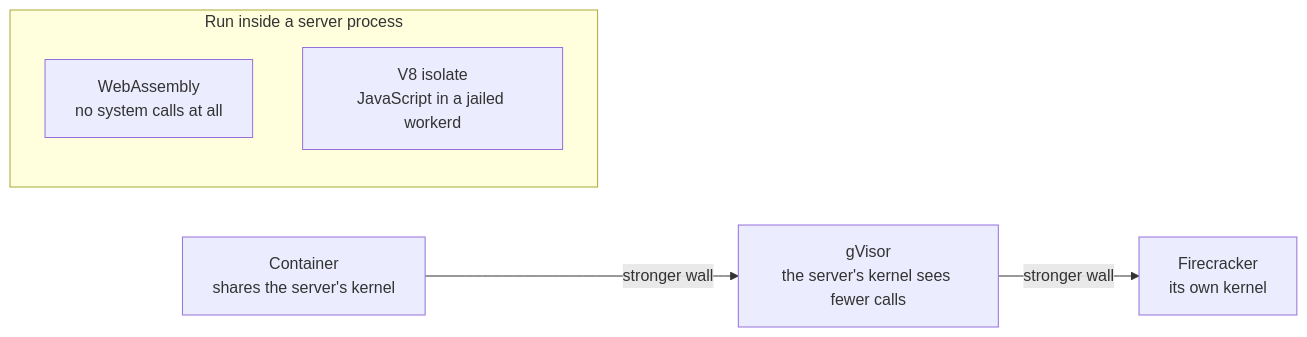
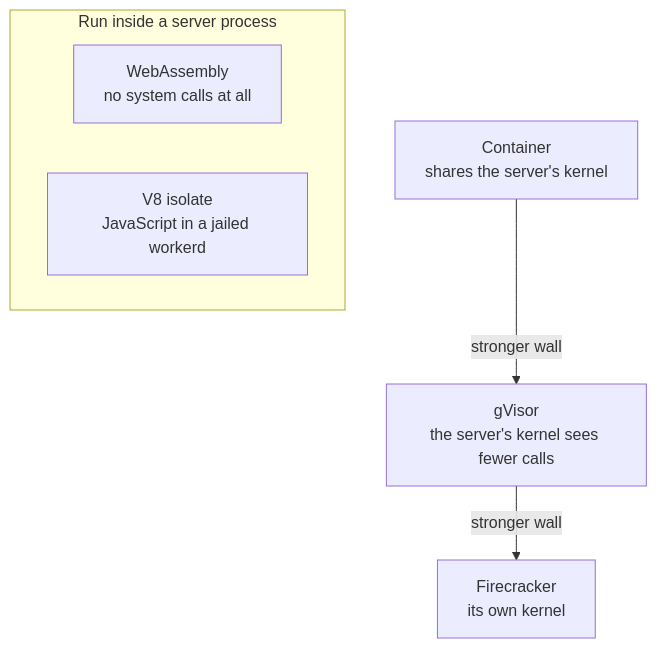
One commit to aerol-ai/microvm changed the first of 6 diagrams in docs/src/content/docs/engineering-isolation.mdx. Above: the diagram before and after it, drawn with Mermaid. The commit also changed other lines of this file and 28 other files, not shown here.

First line of the commit message:
docs: enhance enterprise documentation and introduce diagram zoom feature

````diff
--- a/docs/src/content/docs/engineering-isolation.mdx
+++ b/docs/src/content/docs/engineering-isolation.mdx
@@ -14,8 +14,9 @@
 ```mermaid
-flowchart LR
-    C["Container<br/>shares the server's kernel"] -- "stronger wall" --> G["gVisor<br/>the server's kernel sees fewer calls"] -- "stronger wall" --> F["Firecracker<br/>its own kernel"]
+flowchart TB
+    C["Container<br/>shares the server's kernel"] -- "stronger wall" --> G["gVisor<br/>the server's kernel sees fewer calls"]
+    G -- "stronger wall" --> F["Firecracker<br/>its own kernel"]
     subgraph Proc["Run inside a server process"]
         W["WebAssembly<br/>no system calls at all"]
         I["V8 isolate<br/>JavaScript in a jailed workerd"]
     end
 ```
````
